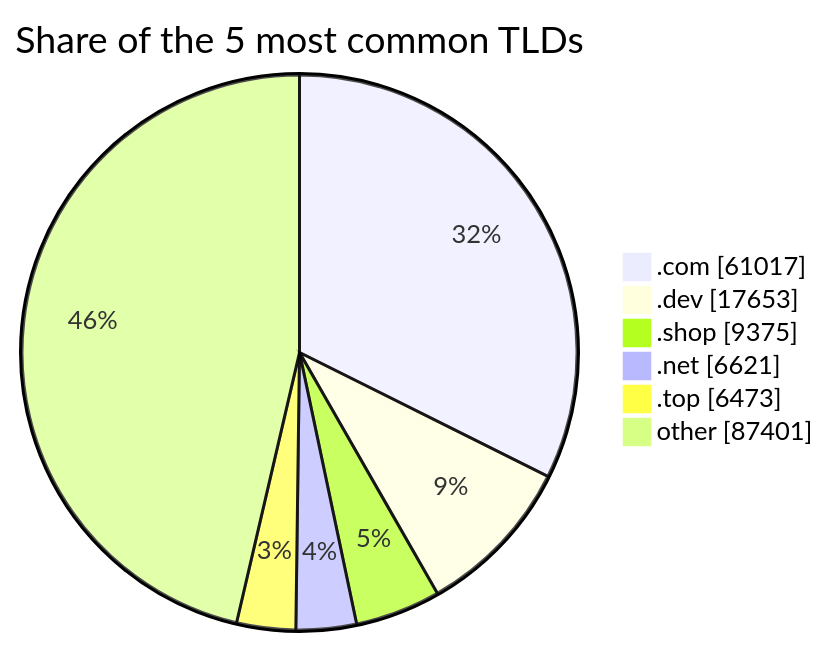
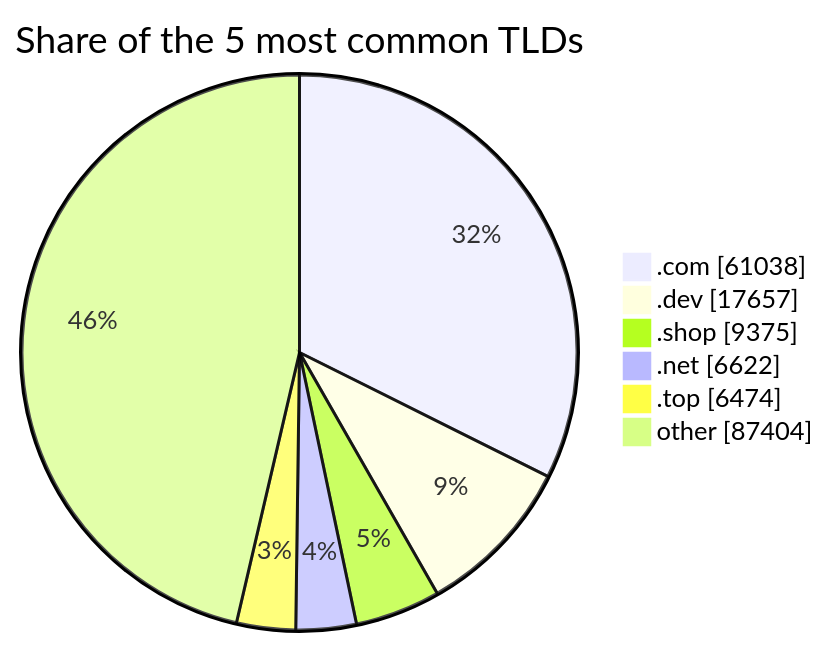
Before and after one commit to DNSBunker/CTI: the third of 3 diagrams in README.md, drawn with Mermaid. The commit also changed other lines of this file and 3 other files, not shown here.

````diff
--- a/README.md
+++ b/README.md
@@ -81,9 +81,9 @@
 ```mermaid
 pie showData title Share of the 5 most common TLDs
-    ".com" : 61017
-    ".dev" : 17653
+    ".com" : 61038
+    ".dev" : 17657
     ".shop" : 9375
-    ".net" : 6621
-    ".top" : 6473
-    "other" : 87401
+    ".net" : 6622
+    ".top" : 6474
+    "other" : 87404
 ```
````
